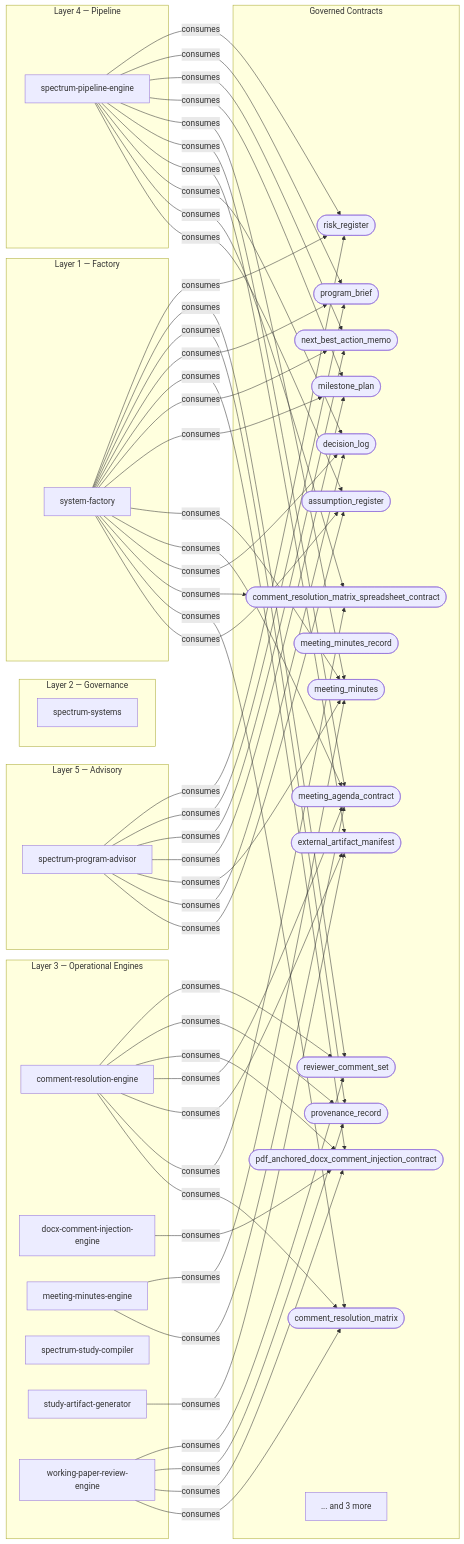
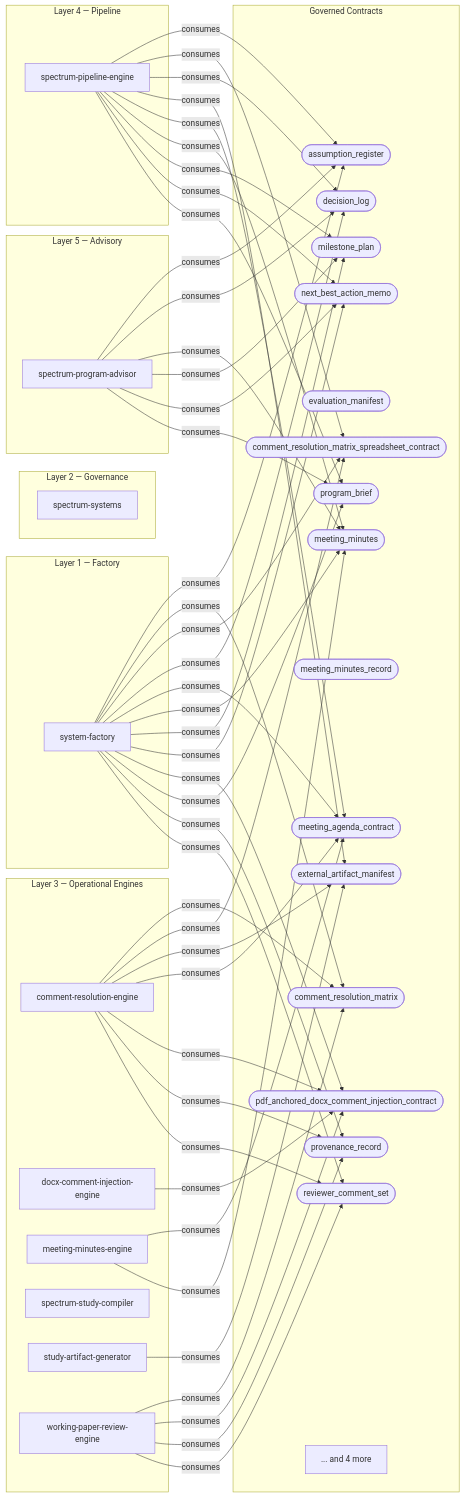
One commit to nicklasorte/spectrum-systems changed the diagram in governance/reports/ecosystem-architecture-graph.mmd. Above: the diagram before and after it, drawn with Mermaid. The commit also changed 18 other files, not shown here.

```diff
--- a/governance/reports/ecosystem-architecture-graph.mmd
+++ b/governance/reports/ecosystem-architecture-graph.mmd
@@ -1,91 +1,88 @@
 graph LR
 
   subgraph Layer 2["Layer 2 — Governance"]
     spectrum_systems["spectrum-systems"]
   end
 
   subgraph Layer 1["Layer 1 — Factory"]
     system_factory["system-factory"]
   end
 
   subgraph Layer 3["Layer 3 — Operational Engines"]
     comment_resolution_engine["comment-resolution-engine"]
     docx_comment_injection_engine["docx-comment-injection-engine"]
     meeting_minutes_engine["meeting-minutes-engine"]
     spectrum_study_compiler["spectrum-study-compiler"]
     study_artifact_generator["study-artifact-generator"]
     working_paper_review_engine["working-paper-review-engine"]
   end
 
   subgraph Layer 4["Layer 4 — Pipeline"]
     spectrum_pipeline_engine["spectrum-pipeline-engine"]
   end
 
   subgraph Layer 5["Layer 5 — Advisory"]
     spectrum_program_advisor["spectrum-program-advisor"]
   end
 
   subgraph Contracts["Governed Contracts"]
     assumption_register(["assumption_register"])
     comment_resolution_matrix(["comment_resolution_matrix"])
     comment_resolution_matrix_spreadsheet_contract(["comment_resolution_matrix_spreadsheet_contract"])
     decision_log(["decision_log"])
+    evaluation_manifest(["evaluation_manifest"])
     external_artifact_manifest(["external_artifact_manifest"])
     meeting_agenda_contract(["meeting_agenda_contract"])
     meeting_minutes(["meeting_minutes"])
     meeting_minutes_record(["meeting_minutes_record"])
     milestone_plan(["milestone_plan"])
     next_best_action_memo(["next_best_action_memo"])
     pdf_anchored_docx_comment_injection_contract(["pdf_anchored_docx_comment_injection_contract"])
     program_brief(["program_brief"])
     provenance_record(["provenance_record"])
     reviewer_comment_set(["reviewer_comment_set"])
-    risk_register(["risk_register"])
-    more_contracts["... and 3 more"]
+    more_contracts["... and 4 more"]
   end
 
   comment_resolution_engine -->|consumes| comment_resolution_matrix
   comment_resolution_engine -->|consumes| comment_resolution_matrix_spreadsheet_contract
   comment_resolution_engine -->|consumes| external_artifact_manifest
   comment_resolution_engine -->|consumes| meeting_agenda_contract
   comment_resolution_engine -->|consumes| pdf_anchored_docx_comment_injection_contract
   comment_resolution_engine -->|consumes| provenance_record
   comment_resolution_engine -->|consumes| reviewer_comment_set
   docx_comment_injection_engine -->|consumes| pdf_anchored_docx_comment_injection_contract
   meeting_minutes_engine -->|consumes| meeting_agenda_contract
   meeting_minutes_engine -->|consumes| meeting_minutes
   spectrum_pipeline_engine -->|consumes| assumption_register
   spectrum_pipeline_engine -->|consumes| comment_resolution_matrix_spreadsheet_contract
   spectrum_pipeline_engine -->|consumes| decision_log
   spectrum_pipeline_engine -->|consumes| external_artifact_manifest
   spectrum_pipeline_engine -->|consumes| meeting_agenda_contract
   spectrum_pipeline_engine -->|consumes| meeting_minutes
   spectrum_pipeline_engine -->|consumes| milestone_plan
   spectrum_pipeline_engine -->|consumes| next_best_action_memo
   spectrum_pipeline_engine -->|consumes| program_brief
-  spectrum_pipeline_engine -->|consumes| risk_register
   spectrum_program_advisor -->|consumes| assumption_register
   spectrum_program_advisor -->|consumes| decision_log
   spectrum_program_advisor -->|consumes| meeting_minutes
   spectrum_program_advisor -->|consumes| milestone_plan
   spectrum_program_advisor -->|consumes| next_best_action_memo
   spectrum_program_advisor -->|consumes| program_brief
-  spectrum_program_advisor -->|consumes| risk_register
   study_artifact_generator -->|consumes| external_artifact_manifest
   system_factory -->|consumes| assumption_register
   system_factory -->|consumes| comment_resolution_matrix
   system_factory -->|consumes| comment_resolution_matrix_spreadsheet_contract
   system_factory -->|consumes| decision_log
   system_factory -->|consumes| meeting_agenda_contract
   system_factory -->|consumes| meeting_minutes
   system_factory -->|consumes| milestone_plan
   system_factory -->|consumes| next_best_action_memo
   system_factory -->|consumes| pdf_anchored_docx_comment_injection_contract
   system_factory -->|consumes| program_brief
   system_factory -->|consumes| provenance_record
   system_factory -->|consumes| reviewer_comment_set
-  system_factory -->|consumes| risk_register
   working_paper_review_engine -->|consumes| comment_resolution_matrix
   working_paper_review_engine -->|consumes| pdf_anchored_docx_comment_injection_contract
   working_paper_review_engine -->|consumes| provenance_record
   working_paper_review_engine -->|consumes| reviewer_comment_set
```
